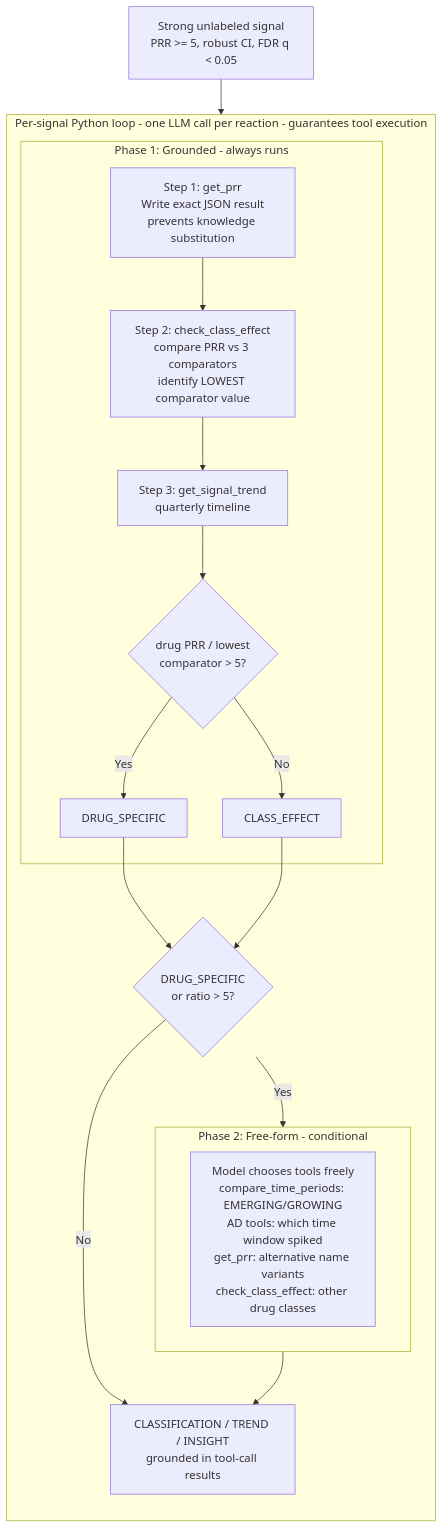
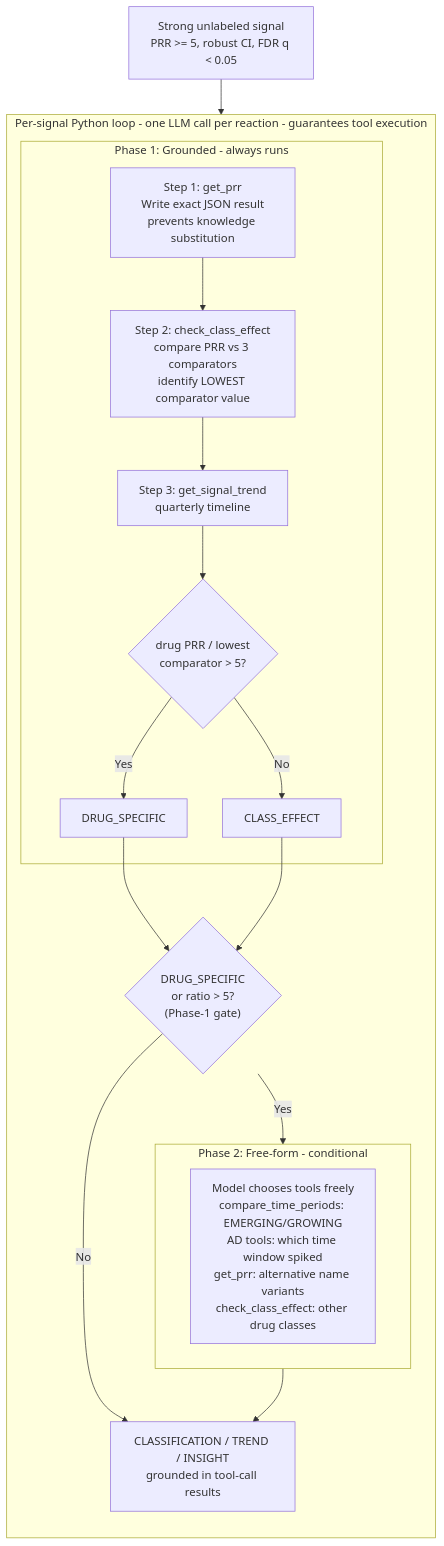
Before and after one commit to al-Zamakhshari/drug-safety-signal-agent: the fourth of 4 diagrams in README.md, drawn with Mermaid. The commit also changed other lines of this file and 3 other files, not shown here.

````diff
--- a/README.md
+++ b/README.md
@@ -190,33 +192,33 @@
 ```mermaid
 flowchart TD
     SIG["Strong unlabeled signal\nPRR >= 5, robust CI, FDR q < 0.05"]
     SIG --> LOOP
 
     subgraph LOOP["Per-signal Python loop - one LLM call per reaction - guarantees tool execution"]
         direction TB
 
         subgraph P1["Phase 1: Grounded - always runs"]
             T1["Step 1: get_prr\nWrite exact JSON result\nprevents knowledge substitution"]
             T2["Step 2: check_class_effect\ncompare PRR vs 3 comparators\nidentify LOWEST comparator value"]
             T3["Step 3: get_signal_trend\nquarterly timeline"]
             T1 --> T2 --> T3
             T3 --> C1{"drug PRR / lowest\ncomparator > 5?"}
             C1 -->|Yes| DS["DRUG_SPECIFIC"]
             C1 -->|No| CE["CLASS_EFFECT"]
         end
 
         DS & CE --> P2CHECK
 
-        P2CHECK{"DRUG_SPECIFIC\nor ratio > 5?"}
+        P2CHECK{"DRUG_SPECIFIC\nor ratio > 5?\n(Phase-1 gate)"}
 
         subgraph P2["Phase 2: Free-form - conditional"]
             FT["Model chooses tools freely\ncompare_time_periods: EMERGING/GROWING\nAD tools: which time window spiked\nget_prr: alternative name variants\ncheck_class_effect: other drug classes"]
         end
 
         P2CHECK -->|Yes| P2
         P2CHECK -->|No| OUT
         P2 --> OUT
 
         OUT["CLASSIFICATION / TREND / INSIGHT\ngrounded in tool-call results"]
     end
 ```
````
